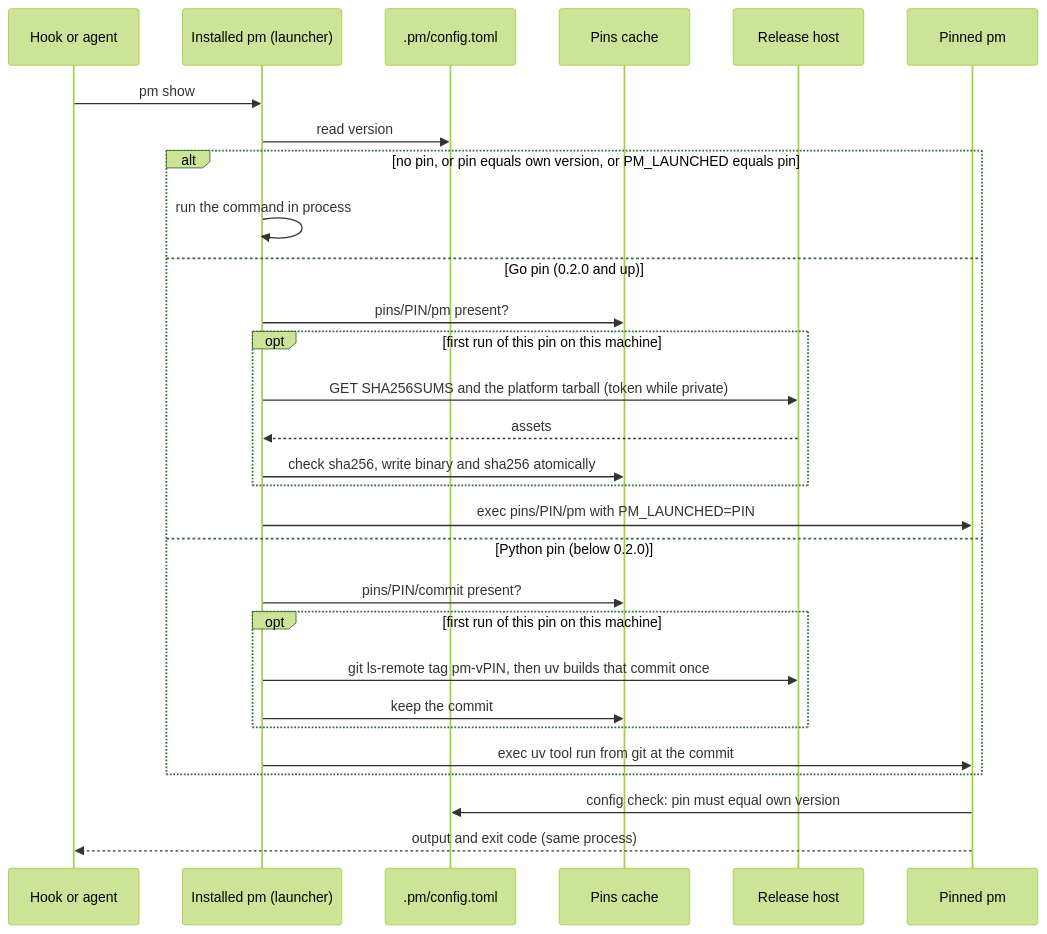
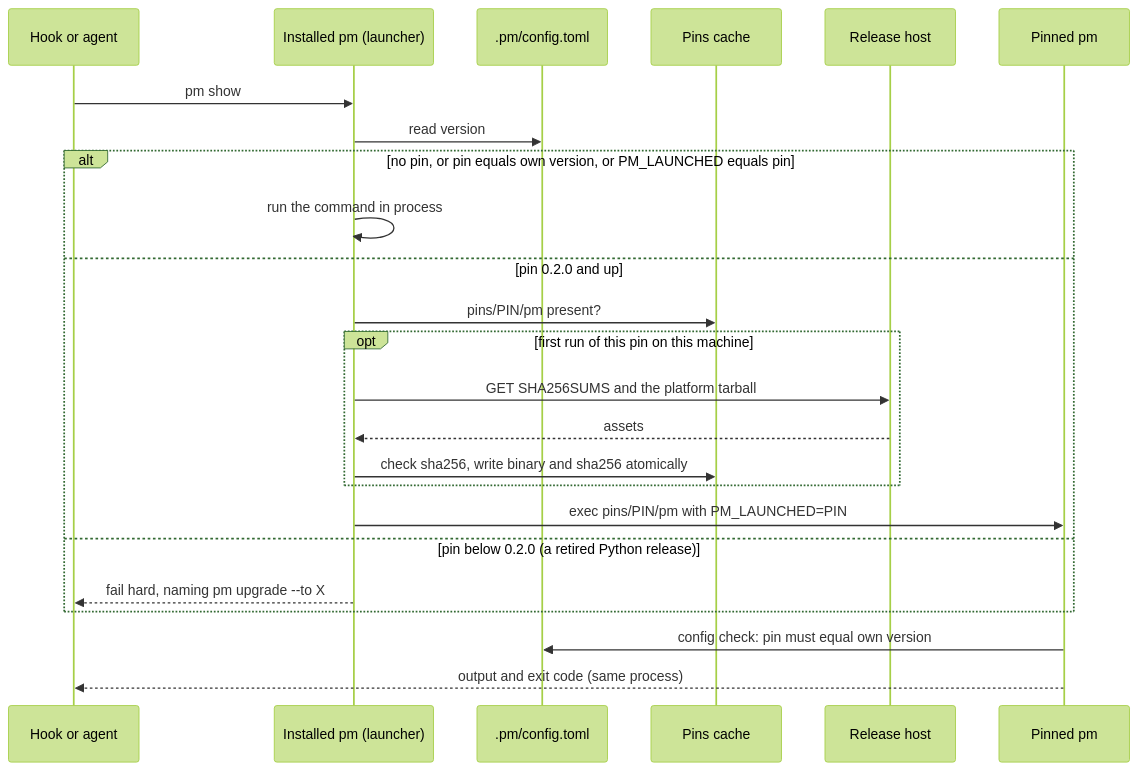
The diagram in design/pm-versioning.md (Yeeef/pm), drawn with Mermaid (forest theme) before and after one commit. The commit also changed other lines of this file and 4 other files, not shown here.

Commit message:
Design pages: Go is pm's one implementation; Python pm is retired

````diff
--- a/design/pm-versioning.md
+++ b/design/pm-versioning.md
@@ -82,31 +82,26 @@
 ```mermaid
 sequenceDiagram
   participant H as Hook or agent
   participant L as Installed pm (launcher)
   participant C as .pm/config.toml
   participant K as Pins cache
   participant R as Release host
   participant P as Pinned pm
   H->>L: pm show
   L->>C: read version
   alt no pin, or pin equals own version, or PM_LAUNCHED equals pin
     L->>L: run the command in process
-  else Go pin (0.2.0 and up)
+  else pin 0.2.0 and up
     L->>K: pins/PIN/pm present?
     opt first run of this pin on this machine
-      L->>R: GET SHA256SUMS and the platform tarball (token while private)
+      L->>R: GET SHA256SUMS and the platform tarball
       R-->>L: assets
       L->>K: check sha256, write binary and sha256 atomically
     end
     L->>P: exec pins/PIN/pm with PM_LAUNCHED=PIN
-  else Python pin (below 0.2.0)
-    L->>K: pins/PIN/commit present?
-    opt first run of this pin on this machine
-      L->>R: git ls-remote tag pm-vPIN, then uv builds that commit once
-      L->>K: keep the commit
-    end
-    L->>P: exec uv tool run from git at the commit
+  else pin below 0.2.0 (a retired Python release)
+    L-->>H: fail hard, naming pm upgrade --to X
   end
   P->>C: config check: pin must equal own version
   P-->>H: output and exit code (same process)
 ```
````
